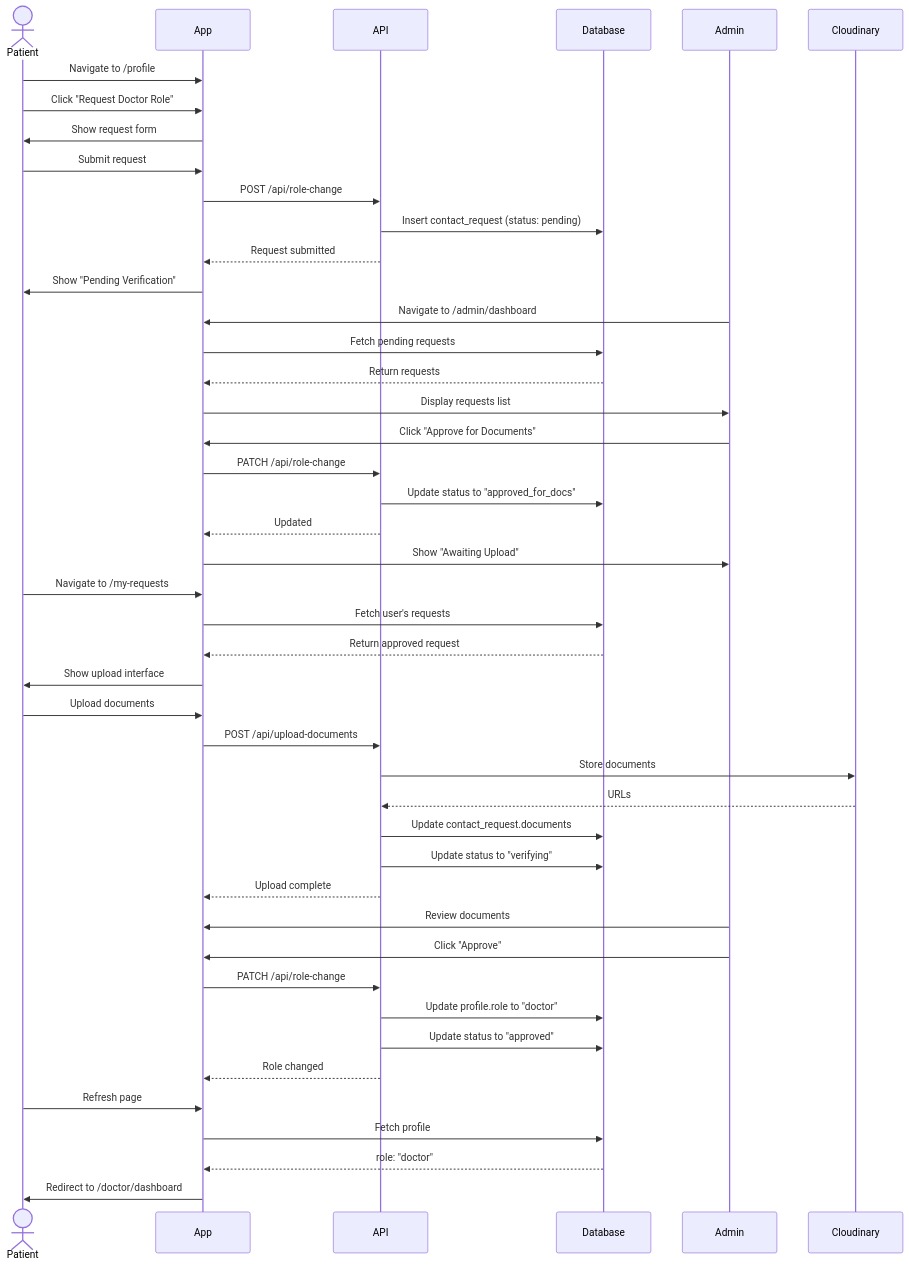
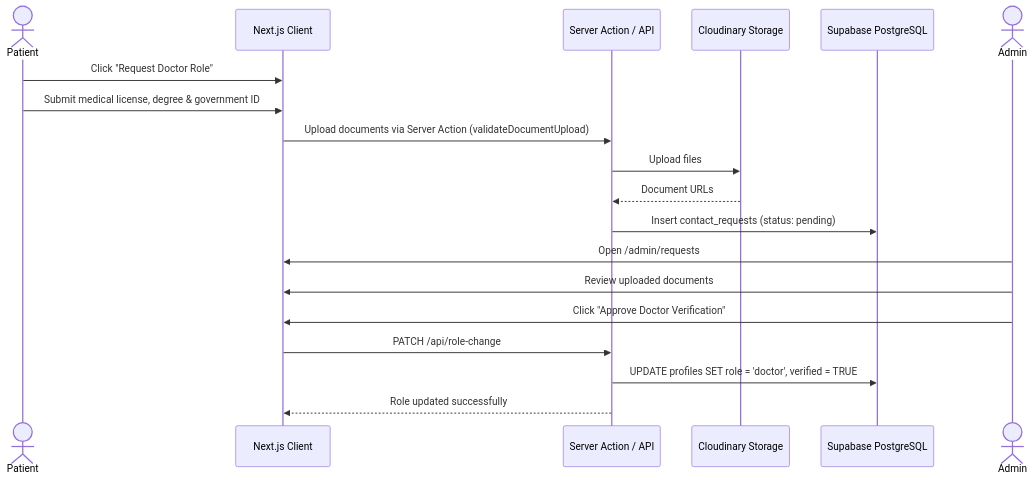
One commit to salman-momin08/dermiassist changed diagram 13 of 13 in README.md. Above: the diagram before and after it, drawn with Mermaid. The commit also changed other lines of this file and 64 other files, not shown here.

````diff
--- a/README.md
+++ b/README.md
@@ -353,54 +501,23 @@
 ```mermaid
 sequenceDiagram
     actor Patient
-    participant App
-    participant API
-    participant Database
-    participant Admin
+    participant App as Next.js Client
+    participant API as Server Action / API
+    participant Cloudinary as Cloudinary Storage
+    participant DB as Supabase PostgreSQL
+    actor Admin
+
+    Patient->>App: Click "Request Doctor Role"
+    Patient->>App: Submit medical license, degree & government ID
+    App->>API: Upload documents via Server Action (validateDocumentUpload)
+    API->>Cloudinary: Upload files
+    Cloudinary-->>API: Document URLs
+    API->>DB: Insert contact_requests (status: pending)
     
-    Patient->>App: Navigate to /profile
-    Patient->>App: Click "Request Doctor Role"
-    App->>Patient: Show request form
-    
-    Patient->>App: Submit request
-    App->>API: POST /api/role-change
-    API->>Database: Insert contact_request (status: pending)
-    API-->>App: Request submitted
-    App->>Patient: Show "Pending Verification"
-    
-    Admin->>App: Navigate to /admin/dashboard
-    App->>Database: Fetch pending requests
-    Database-->>App: Return requests
-    App->>Admin: Display requests list
-    
-    Admin->>App: Click "Approve for Documents"
+    Admin->>App: Open /admin/requests
+    Admin->>App: Review uploaded documents
+    Admin->>App: Click "Approve Doctor Verification"
     App->>API: PATCH /api/role-change
-    API->>Database: Update status to "approved_for_docs"
-    API-->>App: Updated
-    App->>Admin: Show "Awaiting Upload"
-    
-    Patient->>App: Navigate to /my-requests
-    App->>Database: Fetch user's requests
-    Database-->>App: Return approved request
-    App->>Patient: Show upload interface
-    
-    Patient->>App: Upload documents
-    App->>API: POST /api/upload-documents
-    API->>Cloudinary: Store documents
-    Cloudinary-->>API: URLs
-    API->>Database: Update contact_request.documents
-    API->>Database: Update status to "verifying"
-    API-->>App: Upload complete
-    
-    Admin->>App: Review documents
-    Admin->>App: Click "Approve"
-    App->>API: PATCH /api/role-change
-    API->>Database: Update profile.role to "doctor"
-    API->>Database: Update status to "approved"
-    API-->>App: Role changed
-    
-    Patient->>App: Refresh page
-    App->>Database: Fetch profile
-    Database-->>App: role: "doctor"
-    App->>Patient: Redirect to /doctor/dashboard
+    API->>DB: UPDATE profiles SET role = 'doctor', verified = TRUE
+    API-->>App: Role updated successfully
 ```
````
